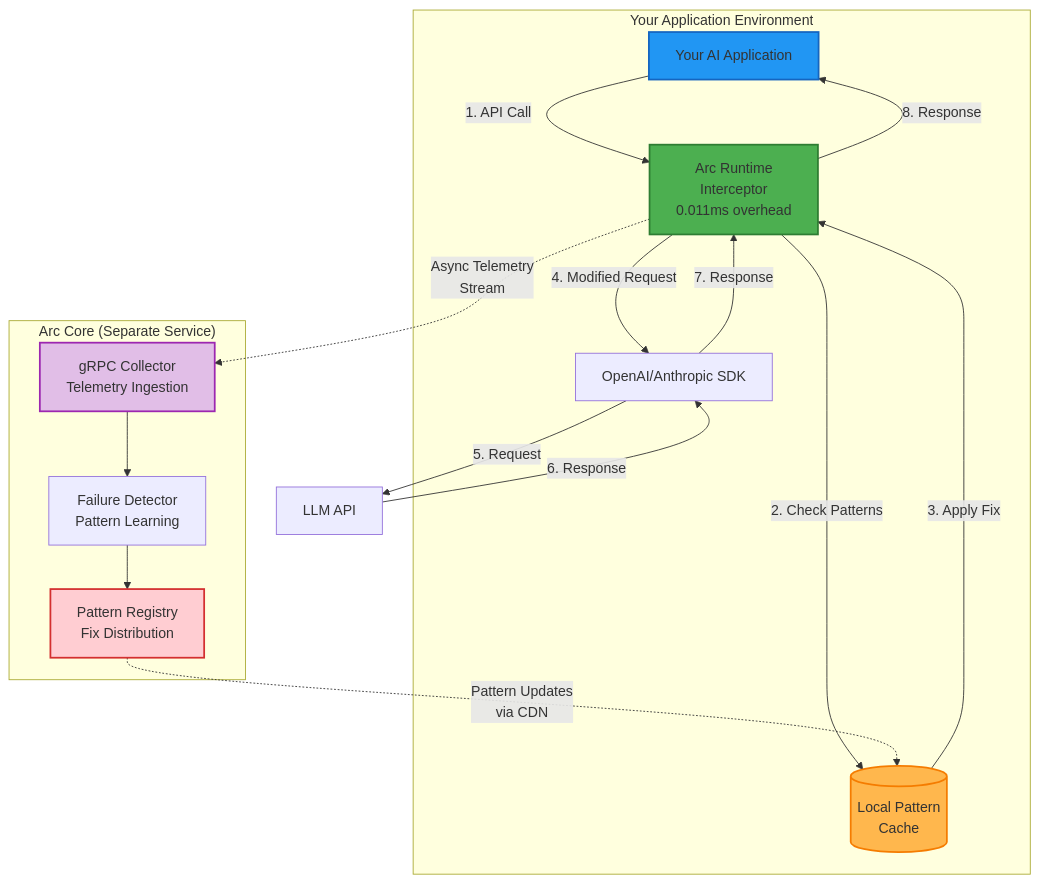
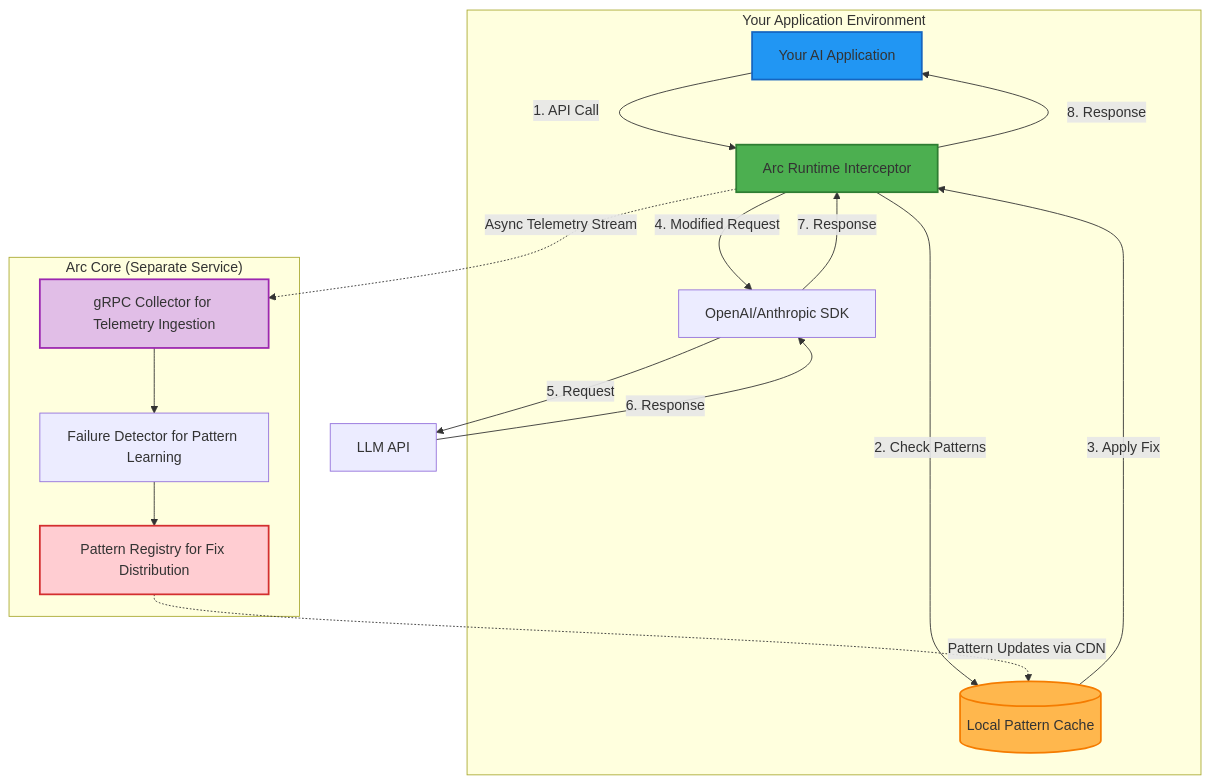
Before and after one commit to Arc-Computer/runtime: the diagram in README.md, drawn with Mermaid.

````diff
--- a/README.md
+++ b/README.md
@@ -33,37 +33,37 @@
 ```mermaid
 graph TB
     subgraph "Your Application Environment"
         App[Your AI Application]
-        Arc[Arc Runtime<br/>Interceptor<br/>0.011ms overhead]
+        Arc[Arc Runtime Interceptor]
         SDK[OpenAI/Anthropic SDK]
-        Cache[(Local Pattern<br/>Cache)]
+        Cache[(Local Pattern Cache)]
         
         App -->|1. API Call| Arc
         Arc -->|2. Check Patterns| Cache
         Cache -->|3. Apply Fix| Arc
         Arc -->|4. Modified Request| SDK
     end
     
     SDK -->|5. Request| API[LLM API]
     API -->|6. Response| SDK
     SDK -->|7. Response| Arc
     Arc -->|8. Response| App
     
     subgraph "Arc Core (Separate Service)"
-        Collector[gRPC Collector<br/>Telemetry Ingestion]
-        Detector[Failure Detector<br/>Pattern Learning]
-        Registry[Pattern Registry<br/>Fix Distribution]
+        Collector[gRPC Collector for Telemetry Ingestion]
+        Detector[Failure Detector for Pattern Learning]
+        Registry[Pattern Registry for Fix Distribution]
         
         Collector --> Detector
         Detector --> Registry
     end
     
-    Arc -.->|Async Telemetry<br/>Stream| Collector
-    Registry -.->|Pattern Updates<br/>via CDN| Cache
+    Arc -.->|Async Telemetry Stream| Collector
+    Registry -.->|Pattern Updates via CDN| Cache
     
     style Arc fill:#4CAF50,stroke:#2E7D32,stroke-width:2px
     style App fill:#2196F3,stroke:#1565C0,stroke-width:2px
     style Cache fill:#FFB74D,stroke:#F57C00,stroke-width:2px
     style Collector fill:#E1BEE7,stroke:#9C27B0,stroke-width:2px
     style Registry fill:#FFCDD2,stroke:#D32F2F,stroke-width:2px
 ```
````
